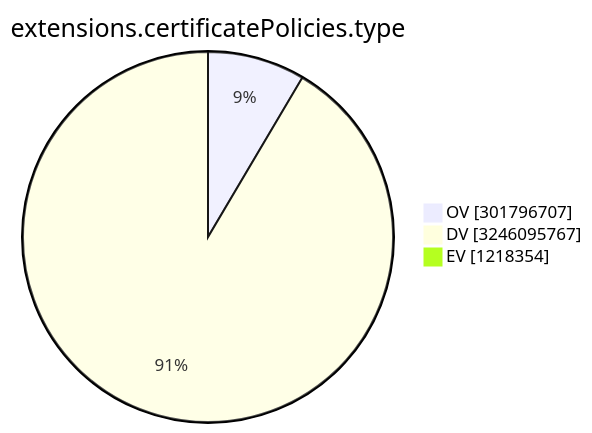
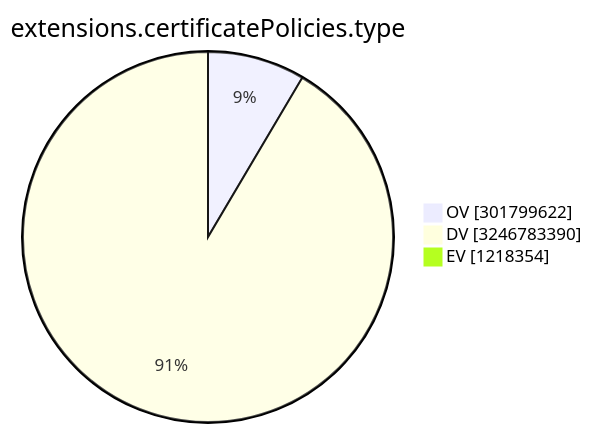
Before and after one commit to christiankrug/ctmonitor_visualization: the ninth of 15 diagrams in TOTAL/README.md, drawn with Mermaid. The commit also changed other lines of this file, not shown here.

````diff
--- a/TOTAL/README.md
+++ b/TOTAL/README.md
@@ -3107,7 +3107,7 @@
 ```mermaid
 pie showData
 title extensions.certificatePolicies.type
-"OV" :301796707
-"DV" :3246095767
+"OV" :301799622
+"DV" :3246783390
 "EV" :1218354
 ```
````
